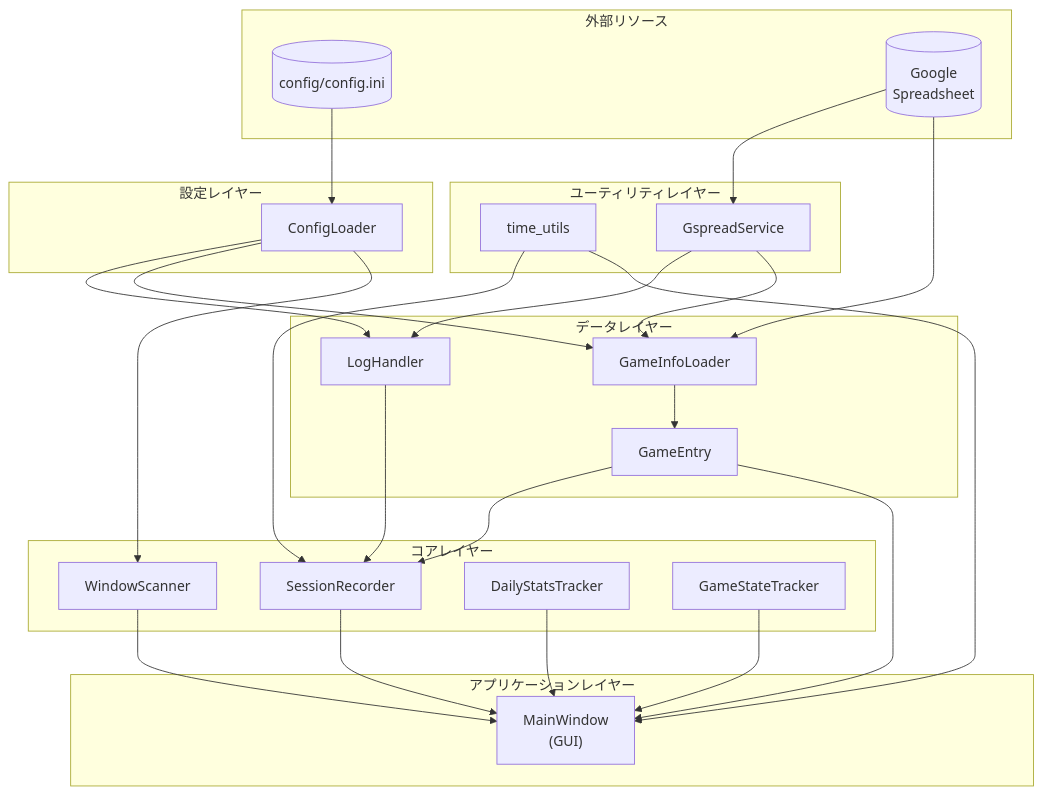
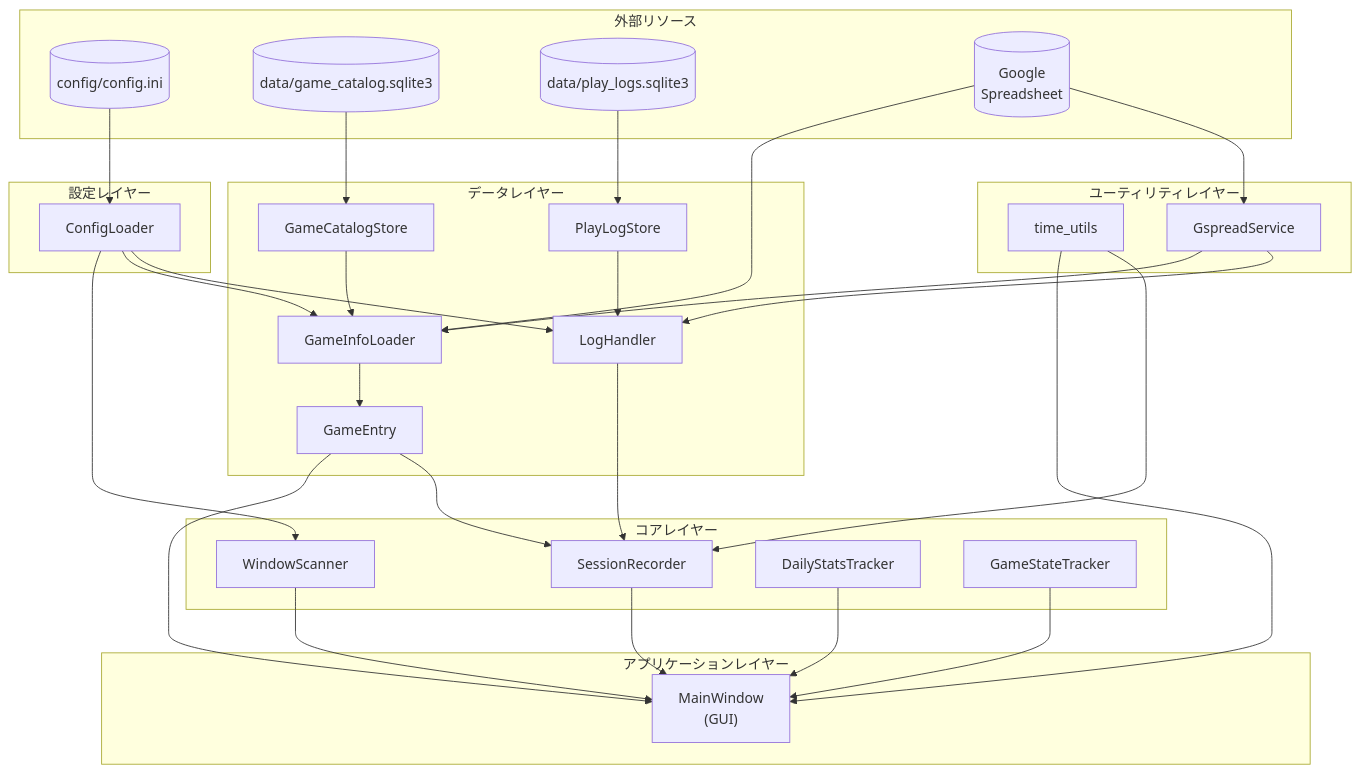
The second of 3 diagrams in docs/SPEC.md (ynanigashi/game_time_tracker), drawn with Mermaid before and after one commit. The commit also changed other lines of this file and 26 other files, not shown here.

````diff
--- a/docs/SPEC.md
+++ b/docs/SPEC.md
@@ -250,55 +282,63 @@
 ```mermaid
 flowchart TB
     subgraph External["外部リソース"]
         ConfigFile[("config/config.ini")]
+        GameCatalogDB[("data/game_catalog.sqlite3")]
+        PlayLogDB[("data/play_logs.sqlite3")]
         Spreadsheet[("Google\nSpreadsheet")]
     end
 
     subgraph ConfigLayer["設定レイヤー"]
         ConfigLoader
     end
 
     subgraph UtilLayer["ユーティリティレイヤー"]
         TimeUtils["time_utils"]
         GspreadService
     end
 
     subgraph DataLayer["データレイヤー"]
+        PlayLogStore
+        GameCatalogStore
         LogHandler
         GameInfoLoader
         GameEntry
     end
 
     subgraph CoreLayer["コアレイヤー"]
         WindowScanner
         SessionRecorder
         DailyStatsTracker
         GameStateTracker
     end
 
     subgraph AppLayer["アプリケーションレイヤー"]
         MainWindow["MainWindow\n(GUI)"]
     end
 
     ConfigFile --> ConfigLoader
+    GameCatalogDB --> GameCatalogStore
+    PlayLogDB --> PlayLogStore
     Spreadsheet --> GspreadService
 
+    PlayLogStore --> LogHandler
     GspreadService --> LogHandler
     GspreadService --> GameInfoLoader
     ConfigLoader --> LogHandler
     ConfigLoader --> GameInfoLoader
     ConfigLoader --> WindowScanner
 
     Spreadsheet --> GameInfoLoader
+    GameCatalogStore --> GameInfoLoader
     GameInfoLoader --> GameEntry
     LogHandler --> SessionRecorder
     GameEntry --> SessionRecorder
     TimeUtils --> SessionRecorder
     TimeUtils --> MainWindow
 
     WindowScanner --> MainWindow
     SessionRecorder --> MainWindow
     GameEntry --> MainWindow
     DailyStatsTracker --> MainWindow
     GameStateTracker --> MainWindow
 ```
````
